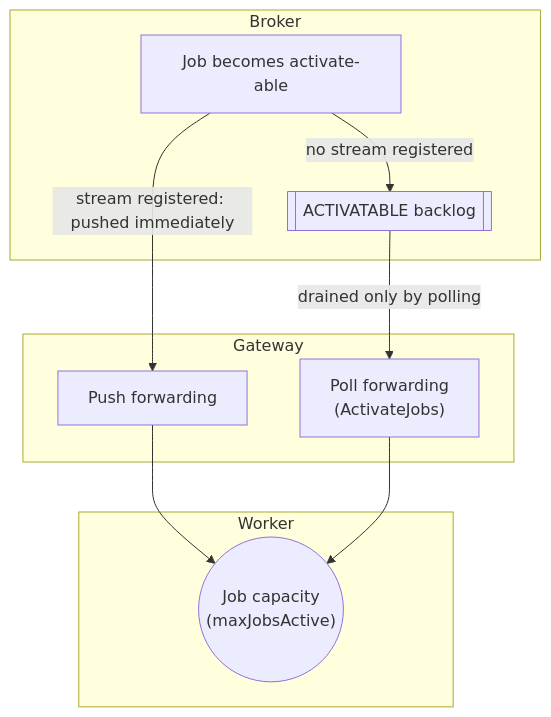
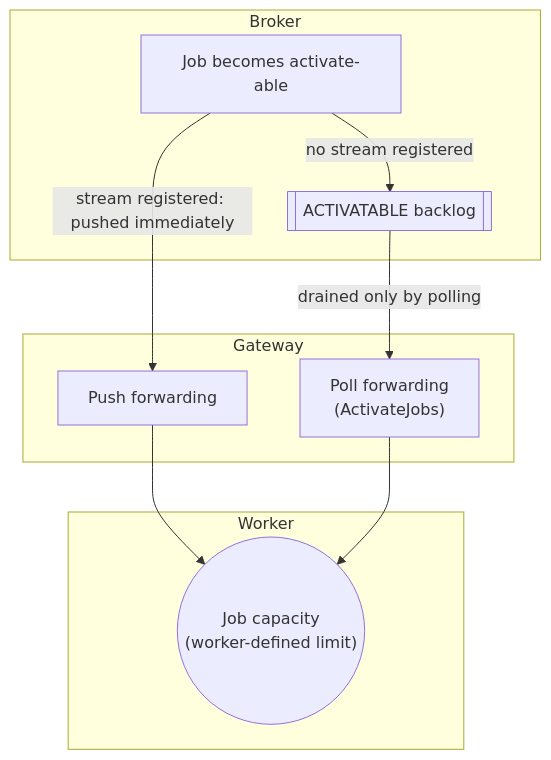
One commit to camunda/camunda-docs changed the diagram in docs/components/concepts/job-workers.md. Above: the diagram before and after it, drawn with Mermaid. The commit also changed other lines of this file and 2 other files, not shown here.

Commit message:
docs: fix Copilot-flagged accuracy and style issues in job worker docs
Verified against Zeebe engine source (YieldingJobStreamErrorHandler,
JobTimeOutProcessor) that a pushed job can return to the ACTIVATABLE
backlog on a failed push or timeout, so "never enters the backlog"
overstated the guarantee. Also de-scopes maxJobsActive out of the
client-agnostic diagram, qualifies the sizing formula to the
fixed-thread-pool model, and adds a missing code fence language tag.

````diff
--- a/docs/components/concepts/job-workers.md
+++ b/docs/components/concepts/job-workers.md
@@ -198,24 +198,24 @@
 ```mermaid
 flowchart TB
     created["Job becomes activate-able"]
 
     subgraph broker["Broker"]
         created
         backlog[["ACTIVATABLE backlog"]]
     end
 
     subgraph gateway["Gateway"]
         pushFwd["Push forwarding"]
         pollFwd["Poll forwarding<br/>(ActivateJobs)"]
     end
 
     subgraph worker["Worker"]
-        capacity(("Job capacity<br/>(maxJobsActive)"))
+        capacity(("Job capacity<br/>(worker-defined limit)"))
     end
 
     created -- "no stream registered" --> backlog
     created -- "stream registered: pushed immediately" --> pushFwd
     pushFwd --> capacity
     backlog -- "drained only by polling" --> pollFwd
     pollFwd --> capacity
 ```
````
